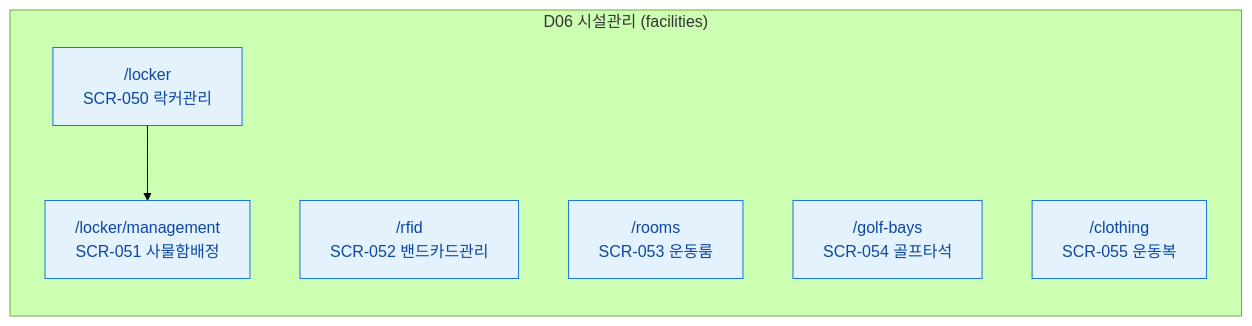
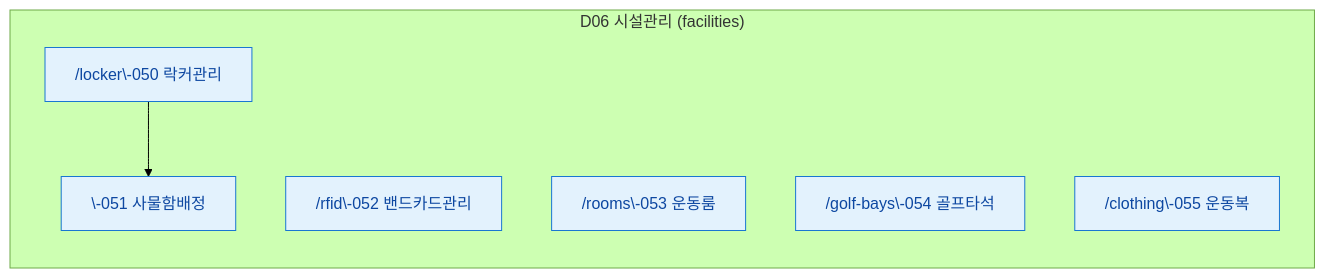
Before and after one commit to dev-spogym/admin-pando: the seventh of 11 diagrams in docs/다이어그램/00_사이트맵/N2_도메인별_사이트맵.md, drawn with Mermaid (forest theme). The commit also changed other lines of this file and 1660 other files, not shown here.

First line of the commit message:
다이어그램: 기획자/클라이언트 납품본으로 정리

````diff
--- a/docs/다이어그램/00_사이트맵/N2_도메인별_사이트맵.md
+++ b/docs/다이어그램/00_사이트맵/N2_도메인별_사이트맵.md
@@ -172,16 +169,16 @@
 ```mermaid
 flowchart LR
     subgraph D06["D06 시설관리 (facilities)"]
-        SCR050["/locker\nSCR-050 락커관리"]
-        SCR051["/locker/management\nSCR-051 사물함배정"]
-        SCR052["/rfid\nSCR-052 밴드카드관리"]
-        SCR053["/rooms\nSCR-053 운동룸"]
-        SCR054["/golf-bays\nSCR-054 골프타석"]
-        SCR055["/clothing\nSCR-055 운동복"]
+        SCR050["/locker\-050 락커관리"]
+        SCR051["\-051 사물함배정"]
+        SCR052["/rfid\-052 밴드카드관리"]
+        SCR053["/rooms\-053 운동룸"]
+        SCR054["/golf-bays\-054 골프타석"]
+        SCR055["/clothing\-055 운동복"]
     end
 
     SCR050 --> SCR051
 
     classDef screen fill:#E3F2FD,stroke:#1976D2,color:#0D47A1
     class SCR050,SCR051,SCR052,SCR053,SCR054,SCR055 screen
 ```
````
